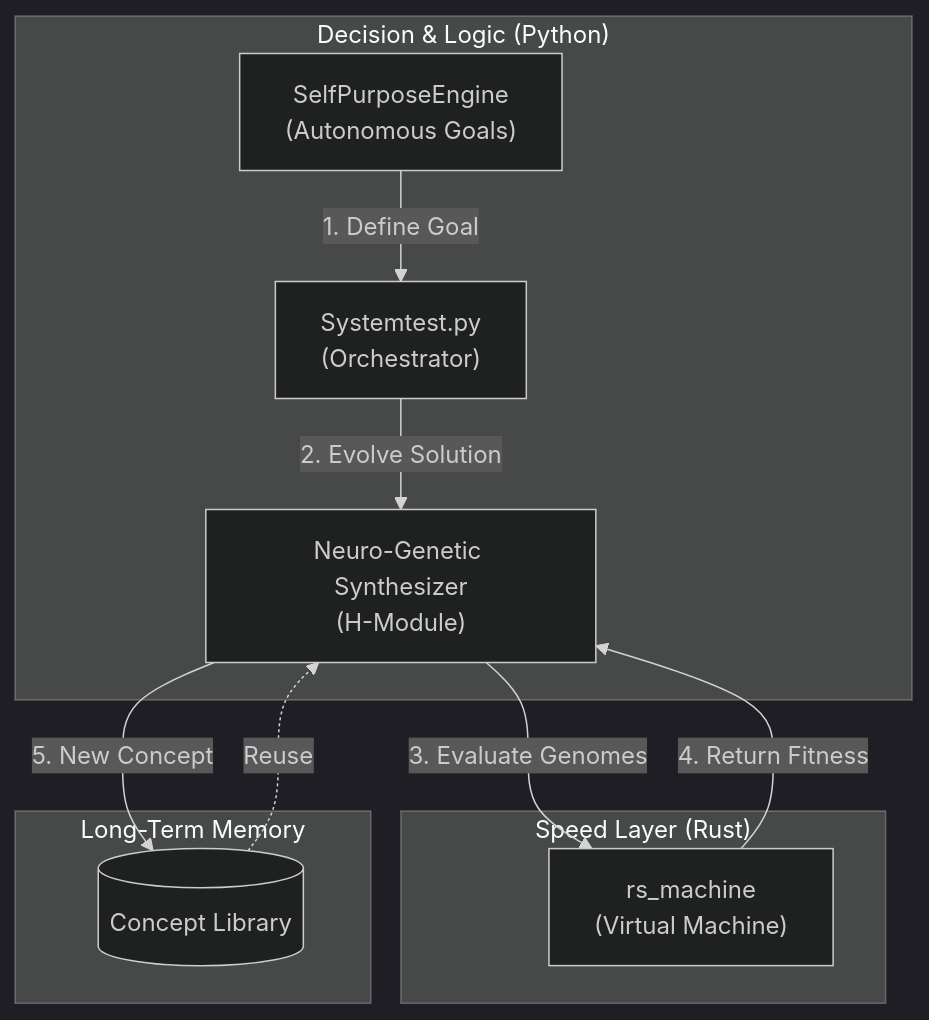
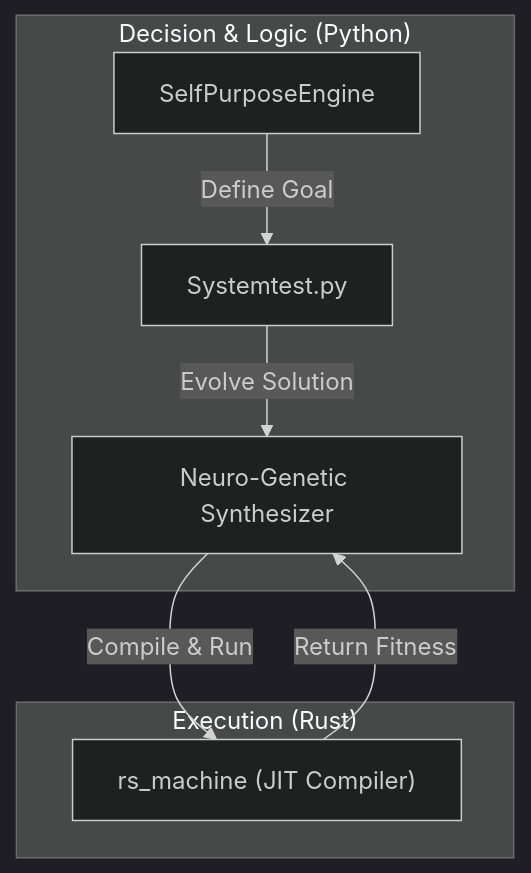
Before and after one commit to sunghunkwag/Hybrid-Program-Synthesis: the diagram in README.md, drawn with Mermaid (dark theme). The commit also changed other lines of this file and 2 other files, not shown here.

Commit message:
feat(RSI): Implement Meta-Controller and Library Learning

````diff
--- a/README.md
+++ b/README.md
@@ -9,23 +30,17 @@
 ```mermaid
 graph TD
     subgraph "Decision & Logic (Python)"
-        Orchestrator["Systemtest.py<br/>(Orchestrator)"]
-        Brain["Neuro-Genetic Synthesizer<br/>(H-Module)"]
-        Purpose["SelfPurposeEngine<br/>(Autonomous Goals)"]
+        Orchestrator["Systemtest.py"]
+        Brain["Neuro-Genetic Synthesizer"]
+        Purpose["SelfPurposeEngine"]
     end
 
-    subgraph "Speed Layer (Rust)"
-        RustVM["rs_machine<br/>(Virtual Machine)"]
+    subgraph "Execution (Rust)"
+        RustVM["rs_machine (JIT Compiler)"]
     end
 
-    subgraph "Long-Term Memory"
-        Disk[("Concept Library")]
-    end
-
-    Purpose -->|1. Define Goal| Orchestrator
-    Orchestrator -->|2. Evolve Solution| Brain
-    Brain -->|3. Evaluate Genomes| RustVM
-    RustVM -->|4. Return Fitness| Brain
-    Brain -->|5. New Concept| Disk
-    Disk -.->|Reuse| Brain
+    Purpose -->|Define Goal| Orchestrator
+    Orchestrator -->|Evolve Solution| Brain
+    Brain -->|Compile & Run| RustVM
+    RustVM -->|Return Fitness| Brain
 ```
````
